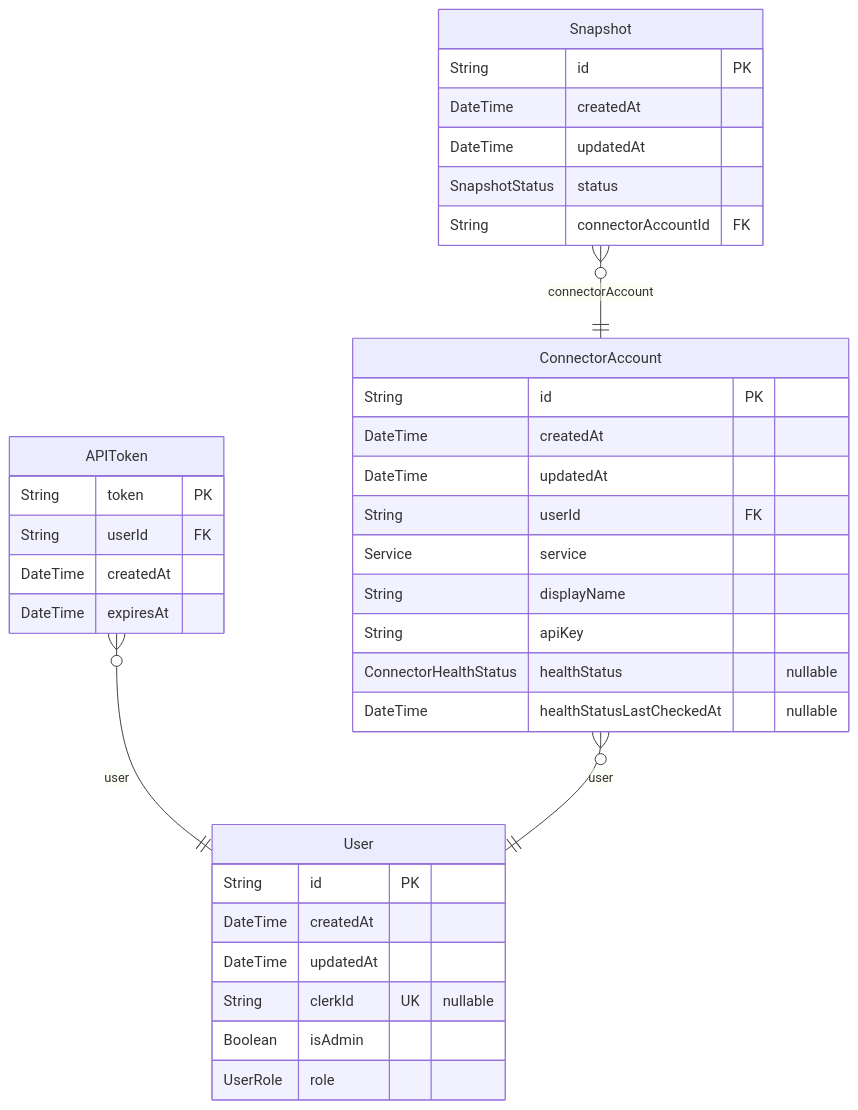
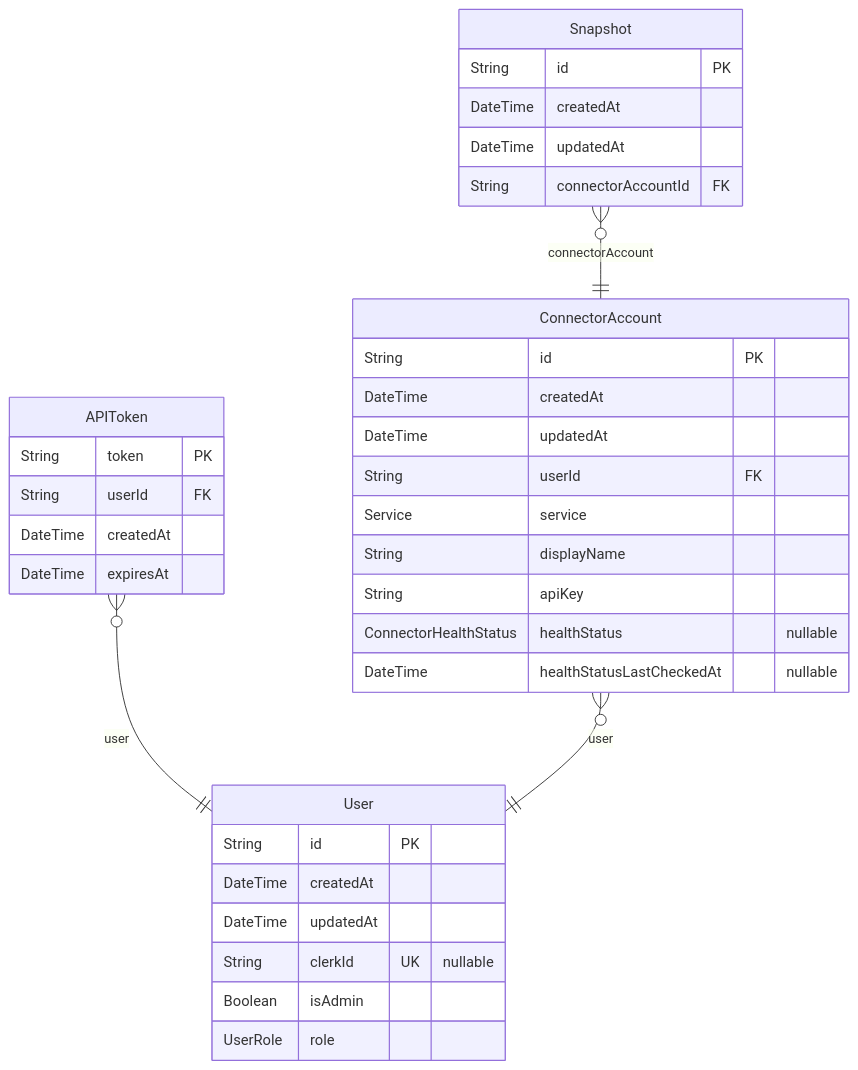
One commit to whalesync/scratch-cli changed the diagram in server/prisma/ERD.md. Above: the diagram before and after it, drawn with Mermaid. The commit also changed other lines of this file and 13 other files, not shown here.

````diff
--- a/server/prisma/ERD.md
+++ b/server/prisma/ERD.md
@@ -9,38 +9,37 @@
 ```mermaid
 erDiagram
 "User" {
   String id PK
   DateTime createdAt
   DateTime updatedAt
   String clerkId UK "nullable"
   Boolean isAdmin
   UserRole role
 }
 "APIToken" {
   String token PK
   String userId FK
   DateTime createdAt
   DateTime expiresAt
 }
 "ConnectorAccount" {
   String id PK
   DateTime createdAt
   DateTime updatedAt
   String userId FK
   Service service
   String displayName
   String apiKey
   ConnectorHealthStatus healthStatus "nullable"
   DateTime healthStatusLastCheckedAt "nullable"
 }
 "Snapshot" {
   String id PK
   DateTime createdAt
   DateTime updatedAt
-  SnapshotStatus status
   String connectorAccountId FK
 }
 "APIToken" }o--|| "User" : user
 "ConnectorAccount" }o--|| "User" : user
 "Snapshot" }o--|| "ConnectorAccount" : connectorAccount
 ```
````
